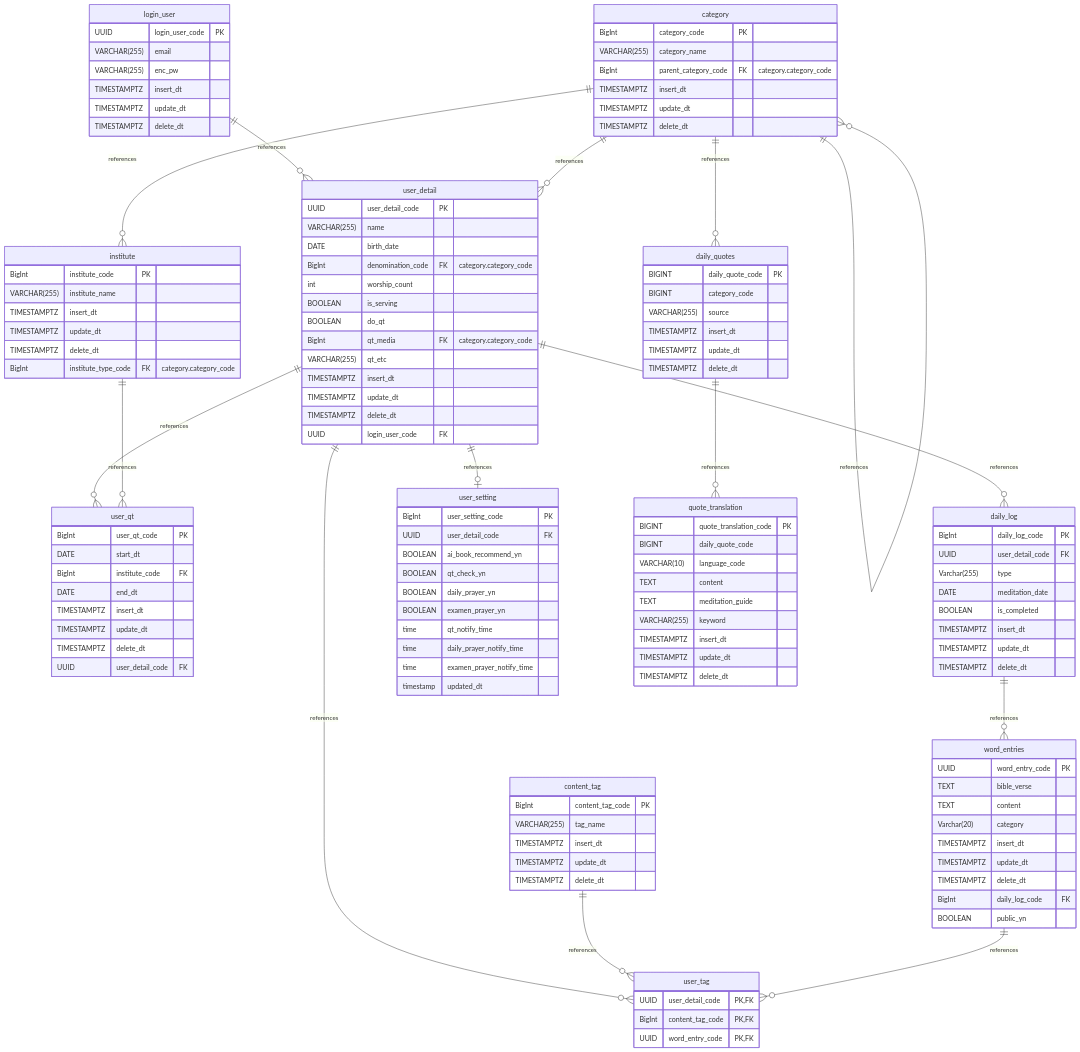
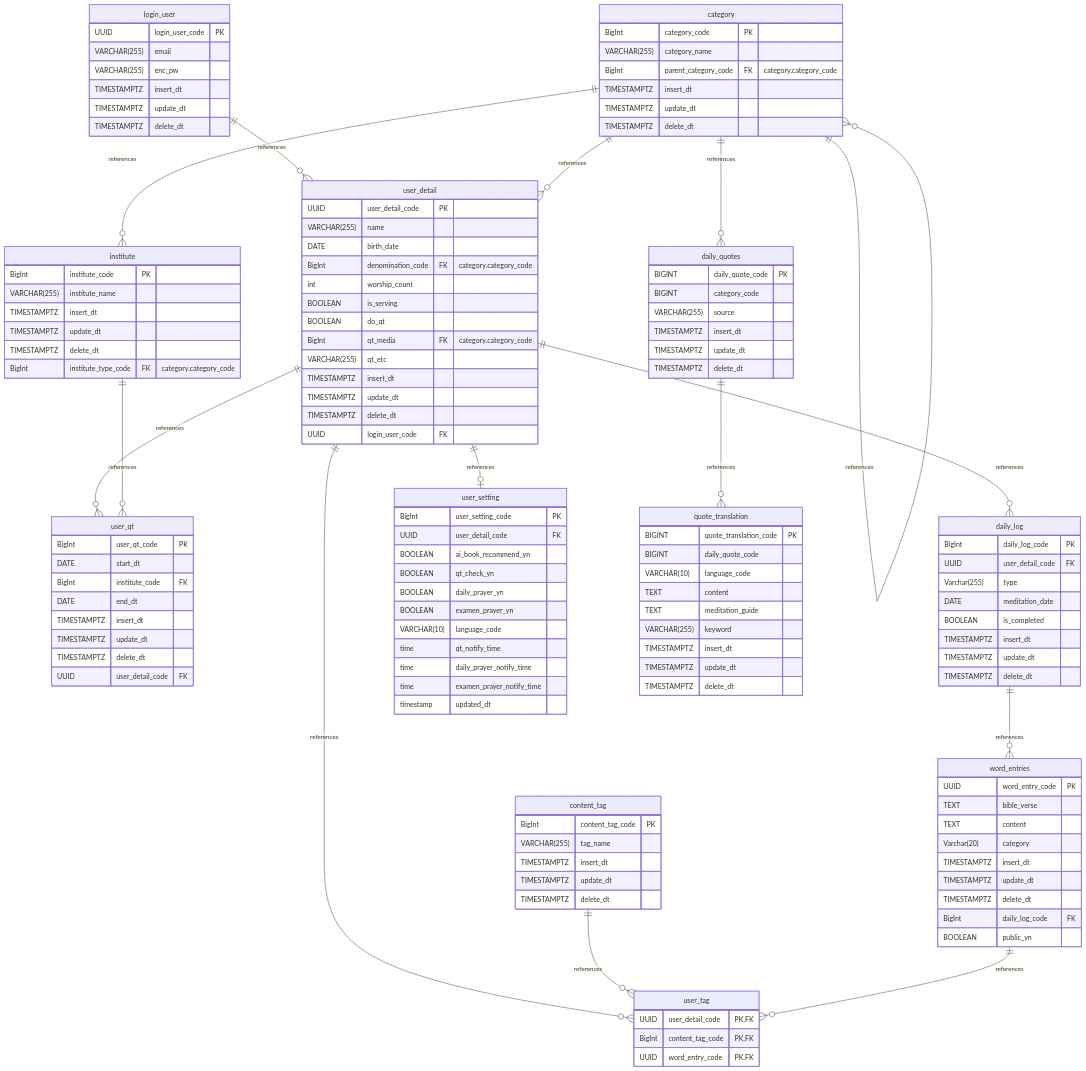
The diagram in README.md (LinaShinDev/daily-word-log), drawn with Mermaid before and after one commit.

```diff
--- a/README.md
+++ b/README.md
@@ -76,6 +76,7 @@
         BOOLEAN qt_check_yn
         BOOLEAN daily_prayer_yn
         BOOLEAN examen_prayer_yn
+		VARCHAR(10) language_code
         time qt_notify_time
         time daily_prayer_notify_time
         time examen_prayer_notify_time
```
